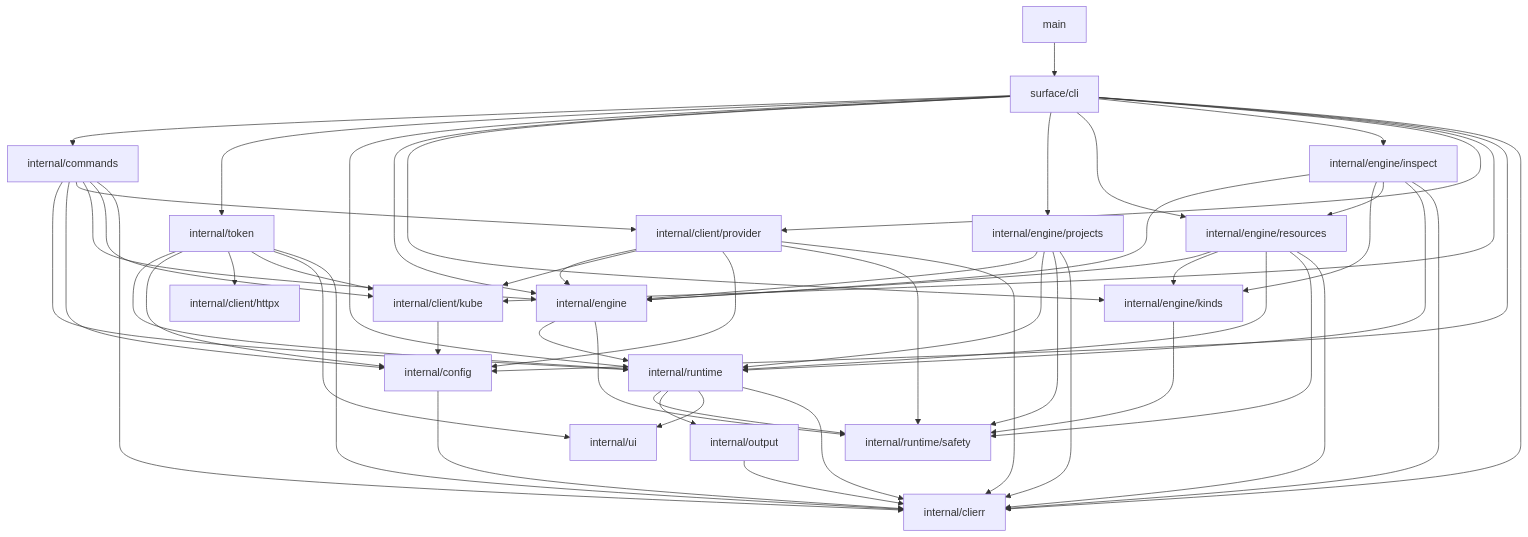
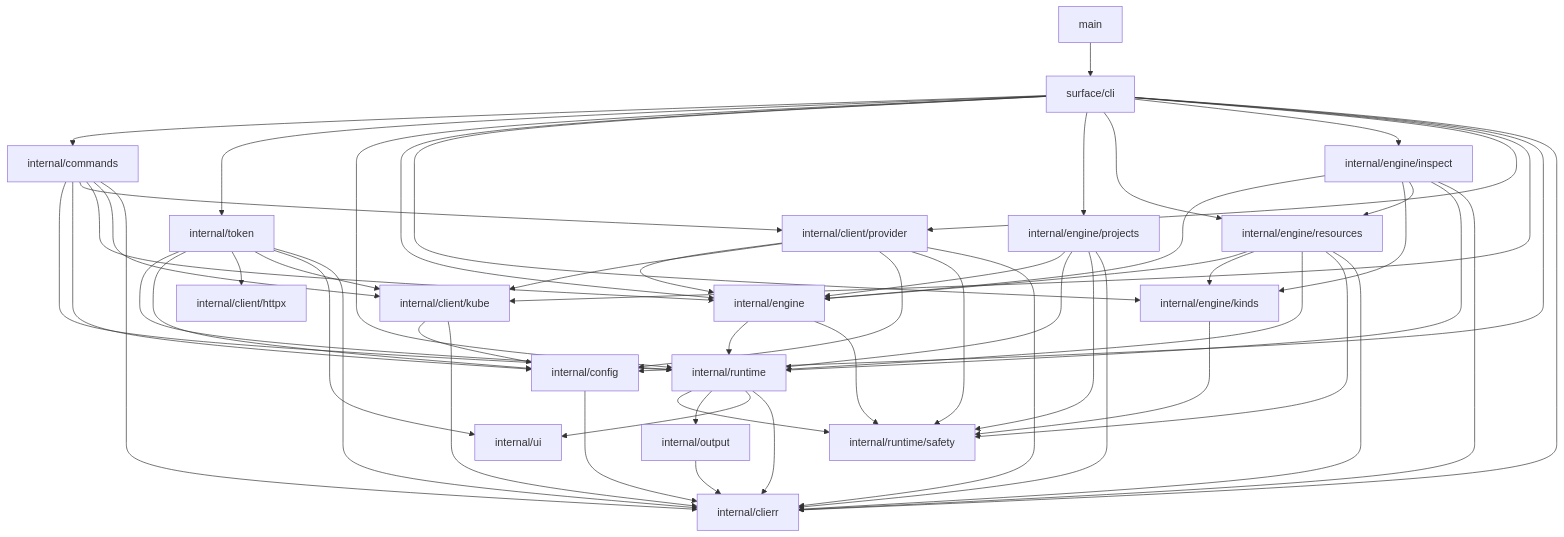
The diagram in ARCHITECTURE.md (rancher/rancher-cli), drawn with Mermaid before and after one commit. The commit also changed 4 other files, not shown here.

```diff
--- a/ARCHITECTURE.md
+++ b/ARCHITECTURE.md
@@ -148,6 +148,7 @@
     provider --> clierr
 
     kube --> config
+    kube --> clierr
 
     config --> clierr
 
```
